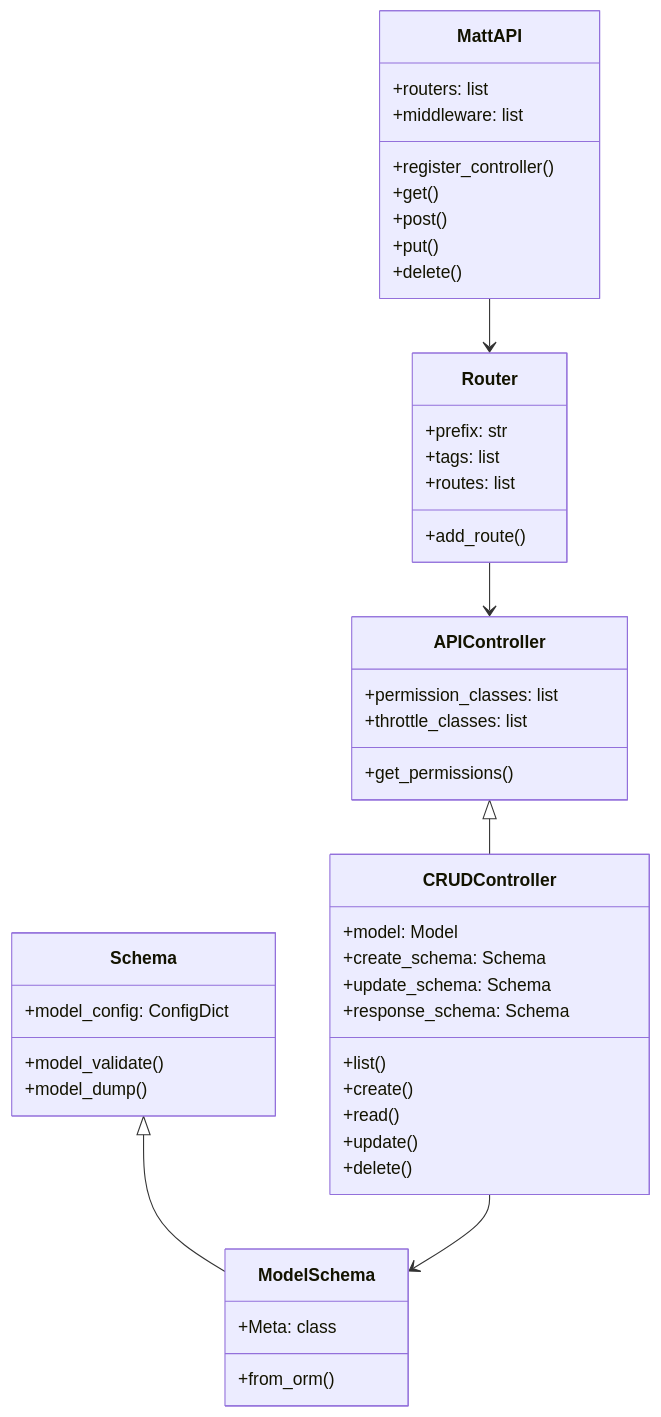
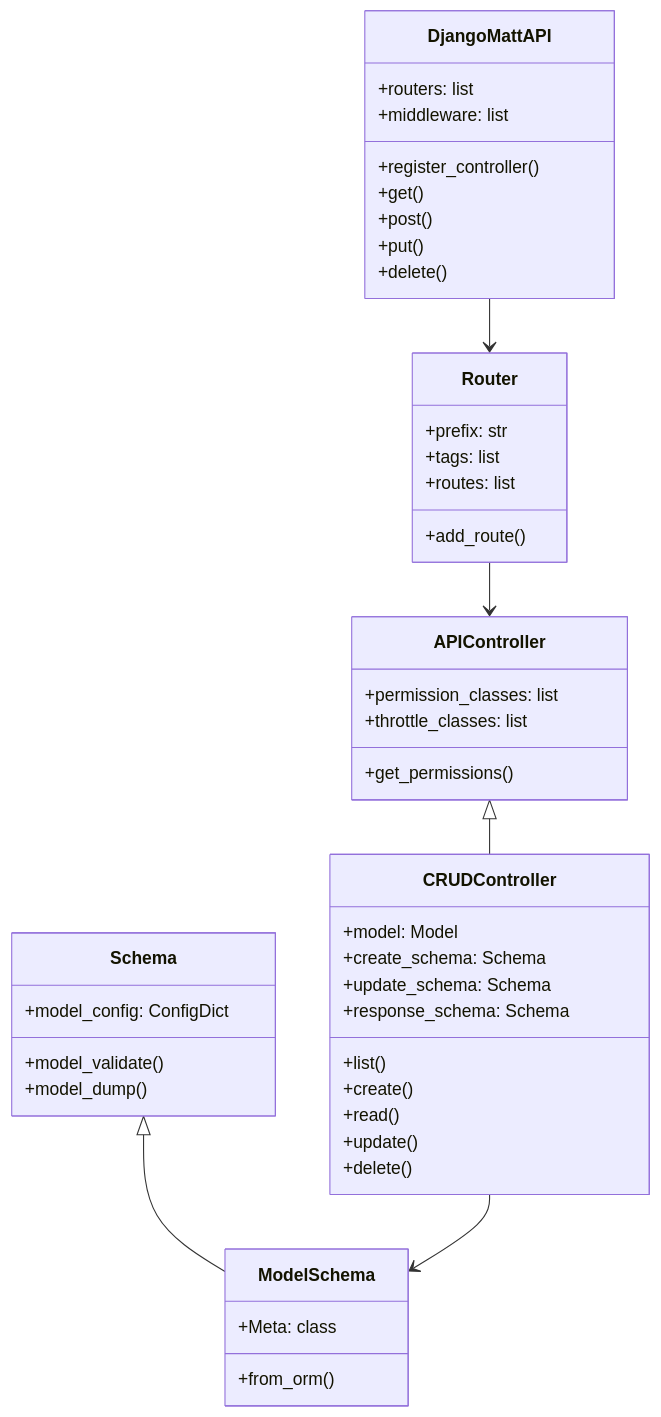
Before and after one commit to mattjaikaran/django-matt: the first of 5 diagrams in docs/architecture/core.md, drawn with Mermaid. The commit also changed other lines of this file and 122 other files, not shown here.

First line of the commit message:
refactor: rename MattAPI to DjangoMattAPI, update controller docs

````diff
--- a/docs/architecture/core.md
+++ b/docs/architecture/core.md
@@ -7,54 +7,54 @@
 ```mermaid
 classDiagram
-    class MattAPI {
+    class DjangoMattAPI {
         +routers: list
         +middleware: list
         +register_controller()
         +get()
         +post()
         +put()
         +delete()
     }
 
     class Router {
         +prefix: str
         +tags: list
         +routes: list
         +add_route()
     }
 
     class APIController {
         +permission_classes: list
         +throttle_classes: list
         +get_permissions()
     }
 
     class CRUDController {
         +model: Model
         +create_schema: Schema
         +update_schema: Schema
         +response_schema: Schema
         +list()
         +create()
         +read()
         +update()
         +delete()
     }
 
     class Schema {
         +model_config: ConfigDict
         +model_validate()
         +model_dump()
     }
 
     class ModelSchema {
         +Meta: class
         +from_orm()
     }
 
-    MattAPI --> Router
+    DjangoMattAPI --> Router
     Router --> APIController
     APIController <|-- CRUDController
     Schema <|-- ModelSchema
     CRUDController --> ModelSchema
 ```
````
